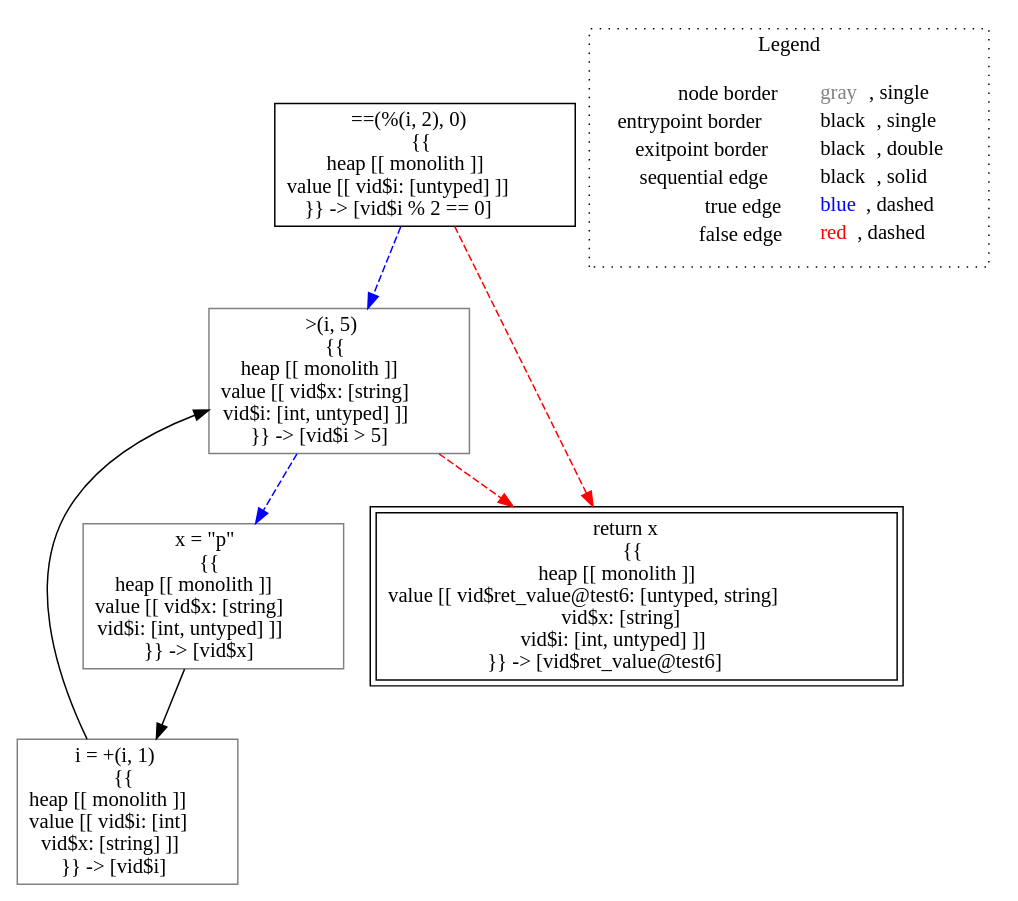
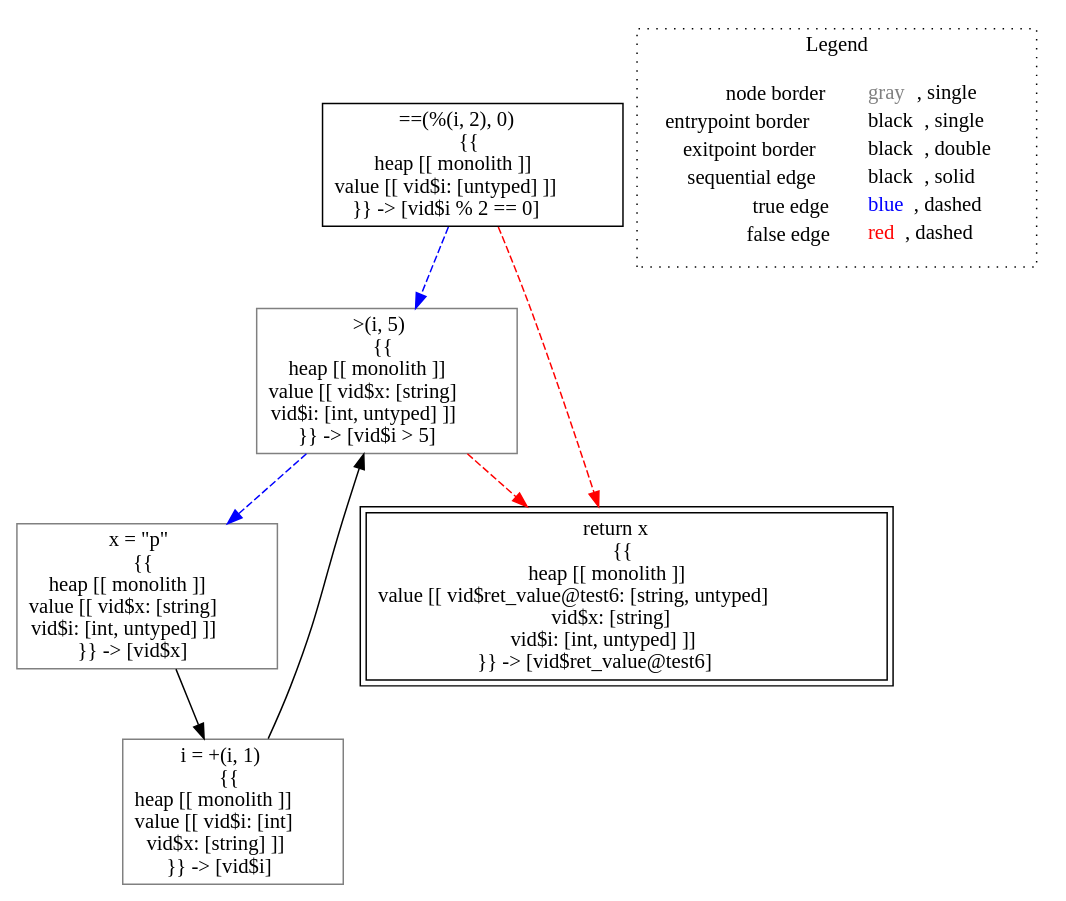
The diagram in lisa/imp-testcases/type-inference/typing___untyped_test6(untyped_i).dot (lisa-analyzer/lisa), drawn with Graphviz before and after one commit. The commit also changed 6 other files, not shown here.

```diff
--- a/lisa/imp-testcases/type-inference/typing___untyped_test6(untyped_i).dot
+++ b/lisa/imp-testcases/type-inference/typing___untyped_test6(untyped_i).dot
@@ -1,20 +1,20 @@
 digraph {
 	"node0" [shape="rect",color="black",label=<==(%(i, 2), 0)<BR/>{{<BR/>heap [[ monolith ]]<BR/>value [[ vid$i: [untyped] ]]<BR/>}} -&gt; [vid$i % 2 == 0]>];
-	"node1" [shape="rect",color="gray",label=<x = &quot;p&quot;<BR/>{{<BR/>heap [[ monolith ]]<BR/>value [[ vid$x: [string]<BR/>vid$i: [int, untyped] ]]<BR/>}} -&gt; [vid$x]>];
-	"node2" [shape="rect",color="gray",label=<i = +(i, 1)<BR/>{{<BR/>heap [[ monolith ]]<BR/>value [[ vid$i: [int]<BR/>vid$x: [string] ]]<BR/>}} -&gt; [vid$i]>];
-	"node3" [shape="rect",color="gray",label=<&gt;(i, 5)<BR/>{{<BR/>heap [[ monolith ]]<BR/>value [[ vid$x: [string]<BR/>vid$i: [int, untyped] ]]<BR/>}} -&gt; [vid$i &gt; 5]>];
-	"node4" [shape="rect",color="black",peripheries="2",label=<return x<BR/>{{<BR/>heap [[ monolith ]]<BR/>value [[ vid$ret_value@test6: [untyped, string]<BR/>vid$x: [string]<BR/>vid$i: [int, untyped] ]]<BR/>}} -&gt; [vid$ret_value@test6]>];
-	"node1" -> "node2" [color="black"];
-	"node2" -> "node3" [color="black"];
-	"node0" -> "node3" [color="blue",style="dashed"];
-	"node0" -> "node4" [color="red",style="dashed"];
-	"node3" -> "node1" [color="blue",style="dashed"];
-	"node3" -> "node4" [color="red",style="dashed"];
+	"node1" [shape="rect",color="gray",label=<&gt;(i, 5)<BR/>{{<BR/>heap [[ monolith ]]<BR/>value [[ vid$x: [string]<BR/>vid$i: [int, untyped] ]]<BR/>}} -&gt; [vid$i &gt; 5]>];
+	"node2" [shape="rect",color="gray",label=<x = &quot;p&quot;<BR/>{{<BR/>heap [[ monolith ]]<BR/>value [[ vid$x: [string]<BR/>vid$i: [int, untyped] ]]<BR/>}} -&gt; [vid$x]>];
+	"node3" [shape="rect",color="black",peripheries="2",label=<return x<BR/>{{<BR/>heap [[ monolith ]]<BR/>value [[ vid$ret_value@test6: [string, untyped]<BR/>vid$x: [string]<BR/>vid$i: [int, untyped] ]]<BR/>}} -&gt; [vid$ret_value@test6]>];
+	"node4" [shape="rect",color="gray",label=<i = +(i, 1)<BR/>{{<BR/>heap [[ monolith ]]<BR/>value [[ vid$i: [int]<BR/>vid$x: [string] ]]<BR/>}} -&gt; [vid$i]>];
+	"node1" -> "node2" [color="blue",style="dashed"];
+	"node1" -> "node3" [color="red",style="dashed"];
+	"node2" -> "node4" [color="black"];
+	"node0" -> "node1" [color="blue",style="dashed"];
+	"node0" -> "node3" [color="red",style="dashed"];
+	"node4" -> "node1" [color="black"];
 subgraph cluster_legend {
 	label="Legend";
 	style=dotted;
 	node [shape=plaintext];
 	"legend" [label=<<table border="0" cellpadding="2" cellspacing="0" cellborder="0"><tr><td align="right">node border&nbsp;</td><td align="left"><font color="gray">gray</font>, single</td></tr><tr><td align="right">entrypoint border&nbsp;</td><td align="left"><font color="black">black</font>, single</td></tr><tr><td align="right">exitpoint border&nbsp;</td><td align="left"><font color="black">black</font>, double</td></tr><tr><td align="right">sequential edge&nbsp;</td><td align="left"><font color="black">black</font>, solid</td></tr><tr><td align="right">true edge&nbsp;</td><td align="left"><font color="blue">blue</font>, dashed</td></tr><tr><td align="right">false edge&nbsp;</td><td align="left"><font color="red">red</font>, dashed</td></tr></table>>];
 }
 
 }
```
